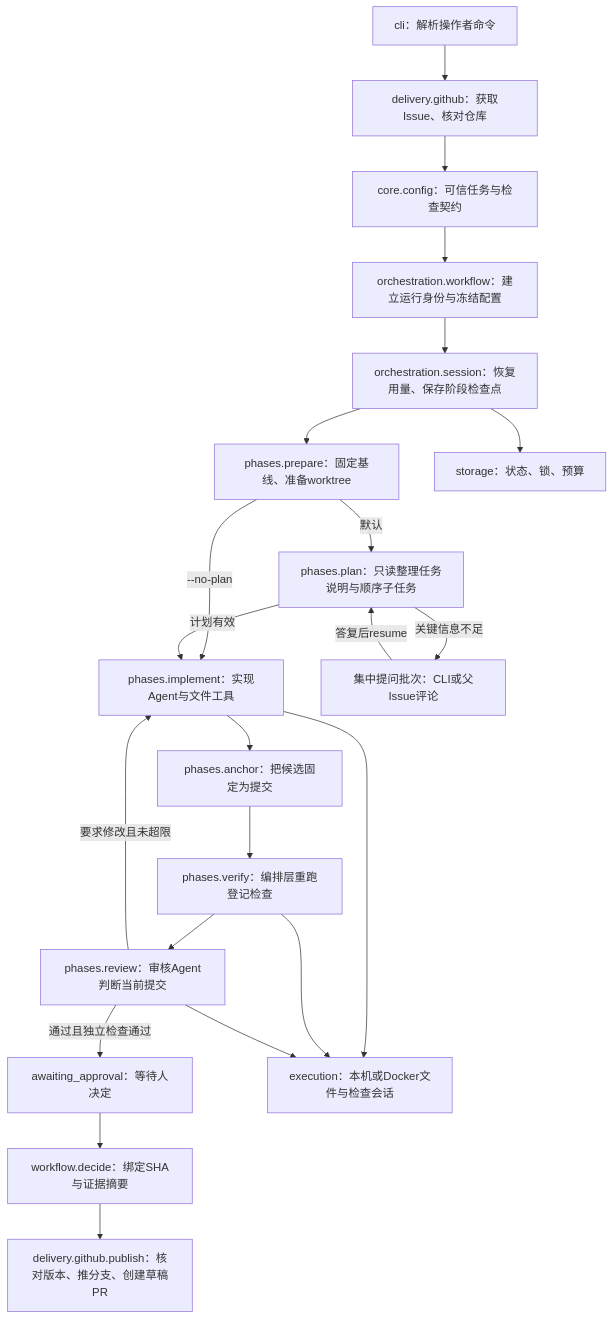
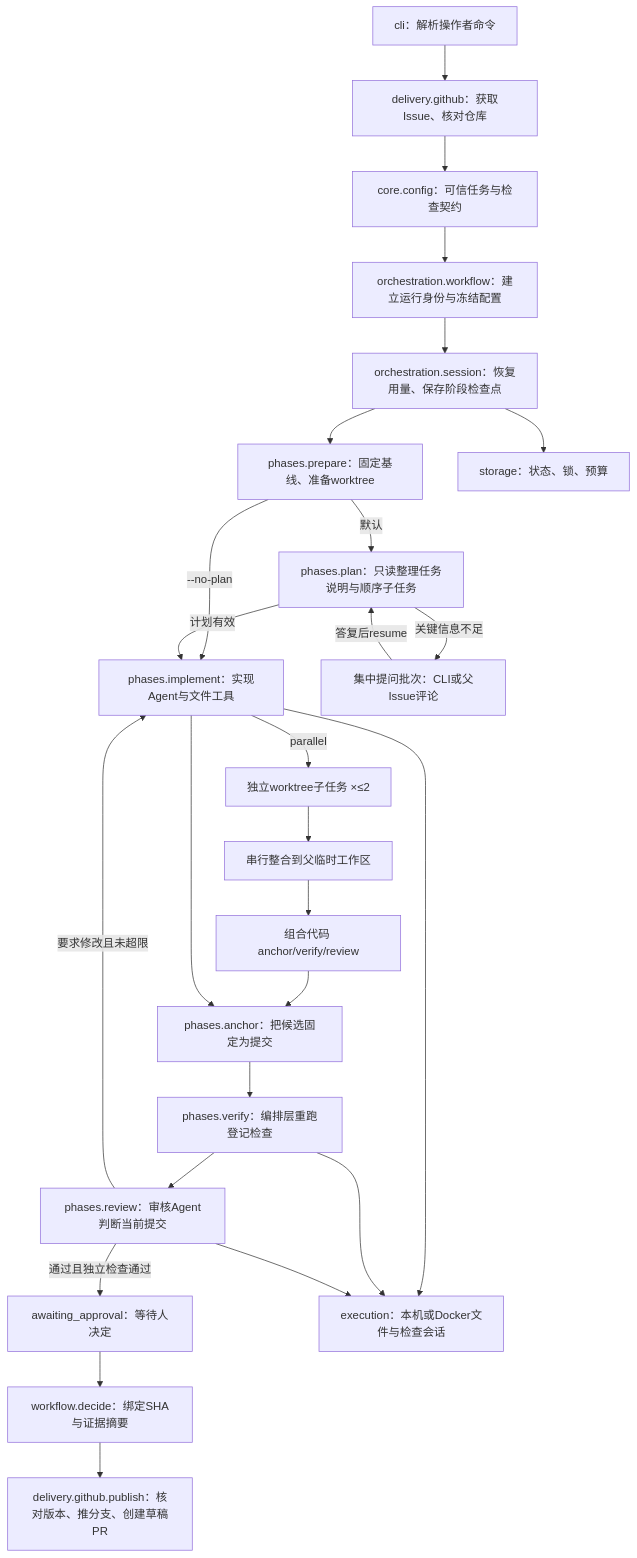
One commit to saikaji0314/repopilot changed the diagram in docs/runtime-v2/DESIGN.md. Above: the diagram before and after it, drawn with Mermaid. The commit also changed other lines of this file and 27 other files, not shown here.

````diff
--- a/docs/runtime-v2/DESIGN.md
+++ b/docs/runtime-v2/DESIGN.md
@@ -7,24 +7,28 @@
 ```mermaid
 flowchart TD
     CLI[cli：解析操作者命令] --> IN[delivery.github：获取Issue、核对仓库]
     IN --> TASK[core.config：可信任务与检查契约]
     TASK --> JOB[orchestration.workflow：建立运行身份与冻结配置]
     JOB --> SESSION[orchestration.session：恢复用量、保存阶段检查点]
     SESSION --> PREP[phases.prepare：固定基线、准备worktree]
     PREP -->|默认| PLAN[phases.plan：只读整理任务说明与顺序子任务]
     PREP -->|--no-plan| IMPL[phases.implement：实现Agent与文件工具]
     PLAN -->|关键信息不足| ASK[集中提问批次：CLI或父Issue评论]
     ASK -->|答复后resume| PLAN
     PLAN -->|计划有效| IMPL
+    IMPL -->|parallel| WORKERS[独立worktree子任务 ×≤2]
+    WORKERS --> INTEG[串行整合到父临时工作区]
+    INTEG --> IMPL2[组合代码 anchor/verify/review]
+    IMPL2 --> ANCHOR
     IMPL --> ANCHOR[phases.anchor：把候选固定为提交]
     ANCHOR --> VERIFY[phases.verify：编排层重跑登记检查]
     VERIFY --> REVIEW[phases.review：审核Agent判断当前提交]
     REVIEW -->|要求修改且未超限| IMPL
     REVIEW -->|通过且独立检查通过| WAIT[awaiting_approval：等待人决定]
     WAIT --> APPROVE[workflow.decide：绑定SHA与证据摘要]
     APPROVE --> PUB[delivery.github.publish：核对版本、推分支、创建草稿PR]
     SESSION --> DB[storage：状态、锁、预算]
     IMPL --> EXEC[execution：本机或Docker文件与检查会话]
     VERIFY --> EXEC
     REVIEW --> EXEC
 ```
````
